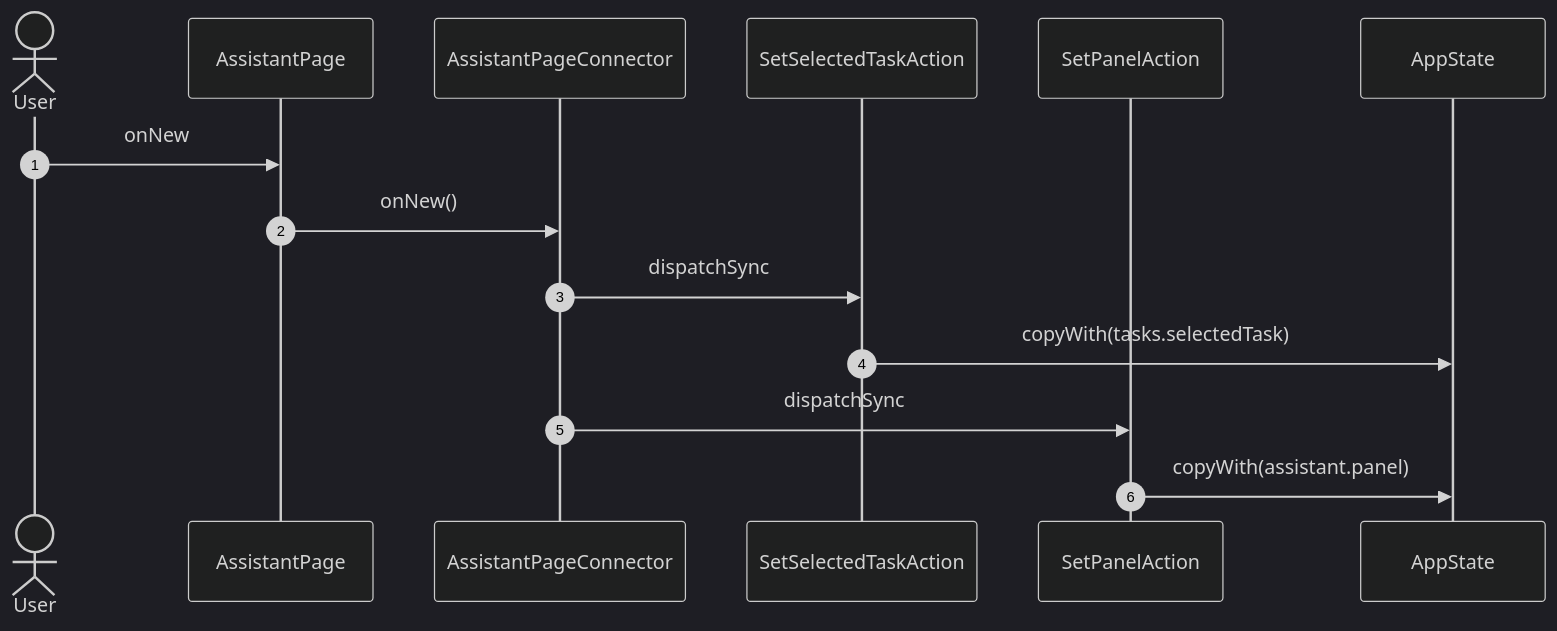
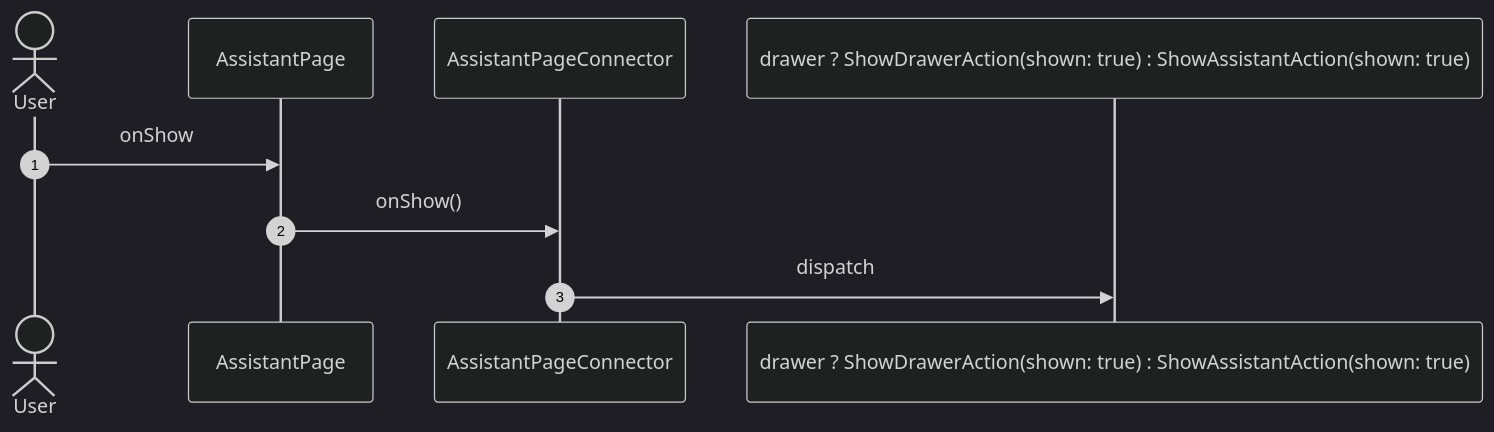
Before and after one commit to gencto/wyrm: diagram 17 of 23 in studio/docs/flows/assistant.md, drawn with Mermaid (dark theme). The commit also changed other lines of this file and 94 other files, not shown here.

First line of the commit message:
studio: assistant: typed wire, words in ui, one action per intent

````diff
--- a/studio/docs/flows/assistant.md
+++ b/studio/docs/flows/assistant.md
@@ -389,17 +318,12 @@
 ```mermaid
 sequenceDiagram
     autonumber
     actor User
     participant UI as AssistantPage
     participant VM as AssistantPageConnector
-    participant A1 as SetSelectedTaskAction
-    participant A2 as SetPanelAction
-    participant ST as AppState
+    participant A1 as drawer ? ShowDrawerAction(shown: true) : ShowAssistantAction(shown: true)
 
-    User->>UI: onNew
-    UI->>VM: onNew()
-    VM->>A1: dispatchSync
-    A1->>ST: copyWith(tasks.selectedTask)
-    VM->>A2: dispatchSync
-    A2->>ST: copyWith(assistant.panel)
+    User->>UI: onShow
+    UI->>VM: onShow()
+    VM->>A1: dispatch
 ```
````
